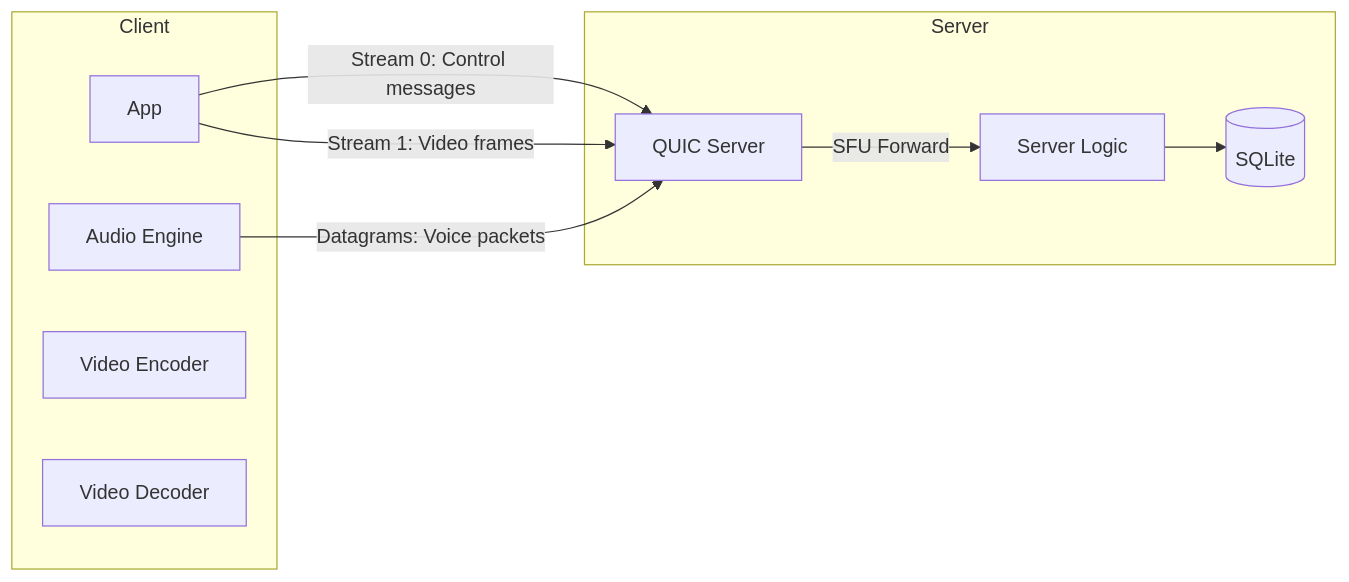
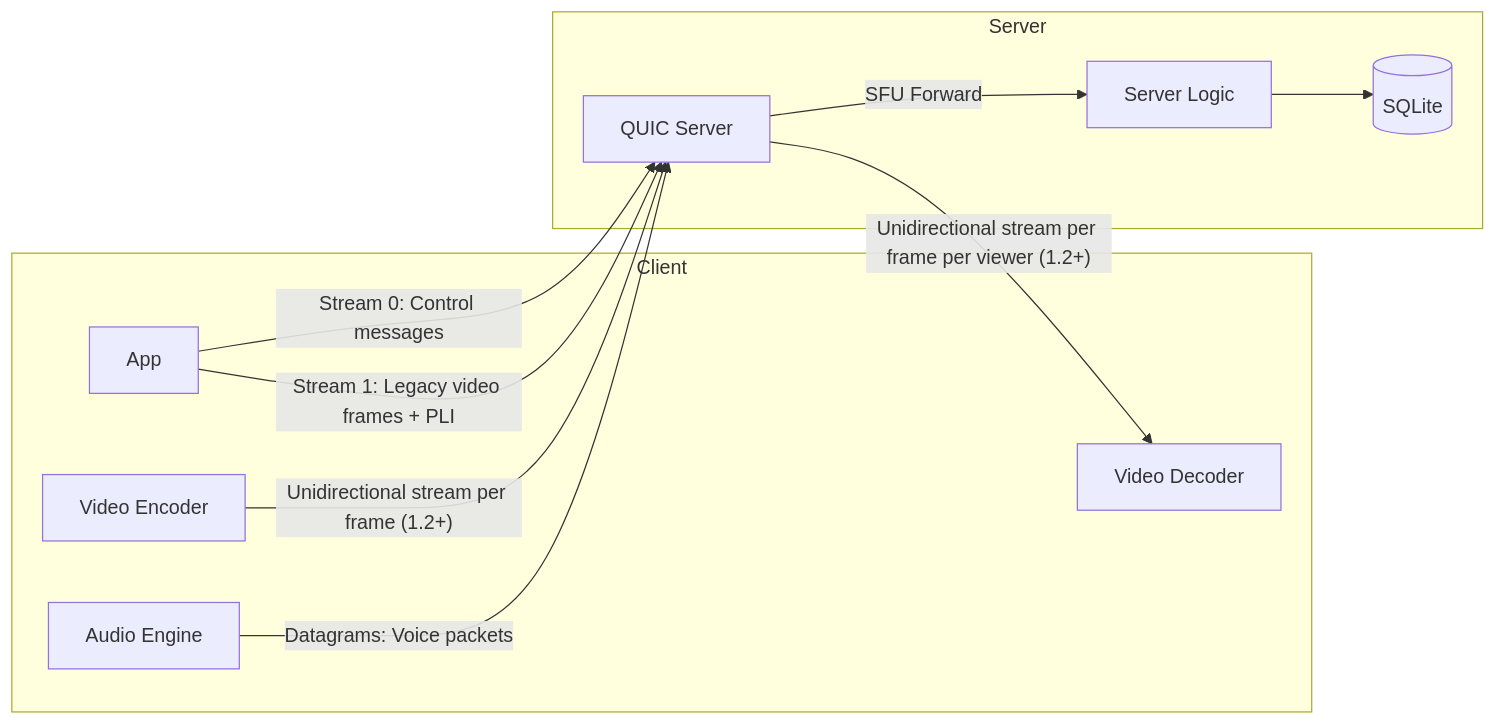
One commit to emcifuntik/parties changed the first of 5 diagrams in docs/protocol.md. Above: the diagram before and after it, drawn with Mermaid. The commit also changed other lines of this file and 46 other files, not shown here.

````diff
--- a/docs/protocol.md
+++ b/docs/protocol.md
@@ -24,21 +34,23 @@
 ```mermaid
 graph LR
     subgraph Client
         A[App]
         AE[Audio Engine]
         VE[Video Encoder]
         VD[Video Decoder]
     end
 
     subgraph Server
         QS[QUIC Server]
         S[Server Logic]
         DB[(SQLite)]
     end
 
     A -- "Stream 0: Control messages" --> QS
-    A -- "Stream 1: Video frames" --> QS
+    A -- "Stream 1: Legacy video frames + PLI" --> QS
+    VE -- "Unidirectional stream per frame (1.2+)" --> QS
+    QS -- "Unidirectional stream per frame per viewer (1.2+)" --> VD
     AE -- "Datagrams: Voice packets" --> QS
     QS -- "SFU Forward" --> S
     S --> DB
 ```
````
